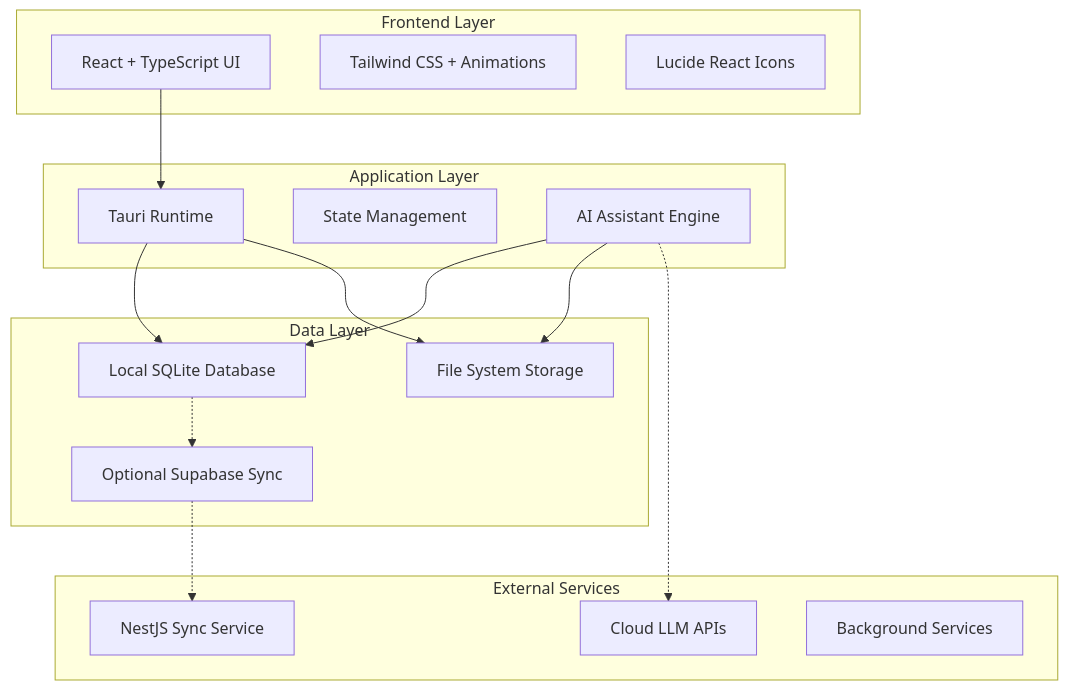
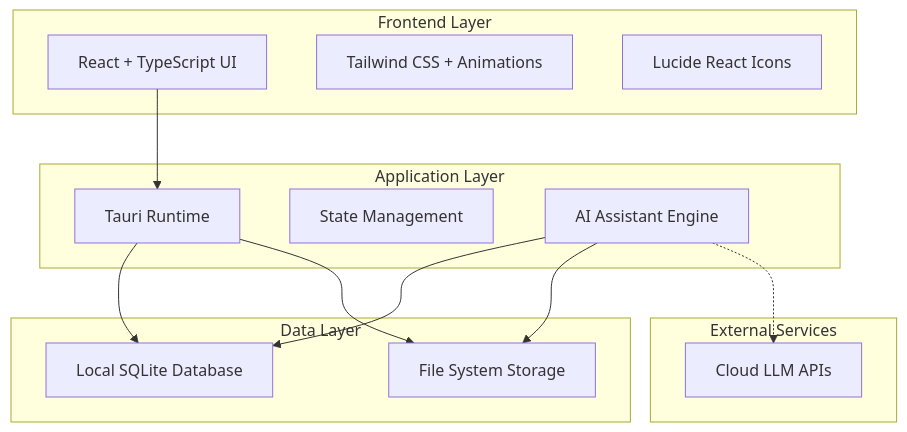
The diagram in .kiro/specs/kirapilot-app/design.md (vietanhdev/kirapilot-app), drawn with Mermaid before and after one commit. The commit also changed other lines of this file and 3 other files, not shown here.

````diff
--- a/.kiro/specs/kirapilot-app/design.md
+++ b/.kiro/specs/kirapilot-app/design.md
@@ -11,35 +11,30 @@
 ```mermaid
 graph TB
     subgraph "Frontend Layer"
         A[React + TypeScript UI]
         B[Tailwind CSS + Animations]
         C[Lucide React Icons]
     end
-    
+
     subgraph "Application Layer"
         D[Tauri Runtime]
         E[State Management]
         F[AI Assistant Engine]
     end
-    
+
     subgraph "Data Layer"
         G[Local SQLite Database]
         H[File System Storage]
-        I[Optional Supabase Sync]
     end
-    
+
     subgraph "External Services"
         J[Cloud LLM APIs]
-        K[NestJS Sync Service]
-        L[Background Services]
     end
-    
+
     A --> D
     D --> G
     D --> H
     F --> G
     F --> H
-    G -.-> I
-    I -.-> K
     F -.-> J
 ```
````
